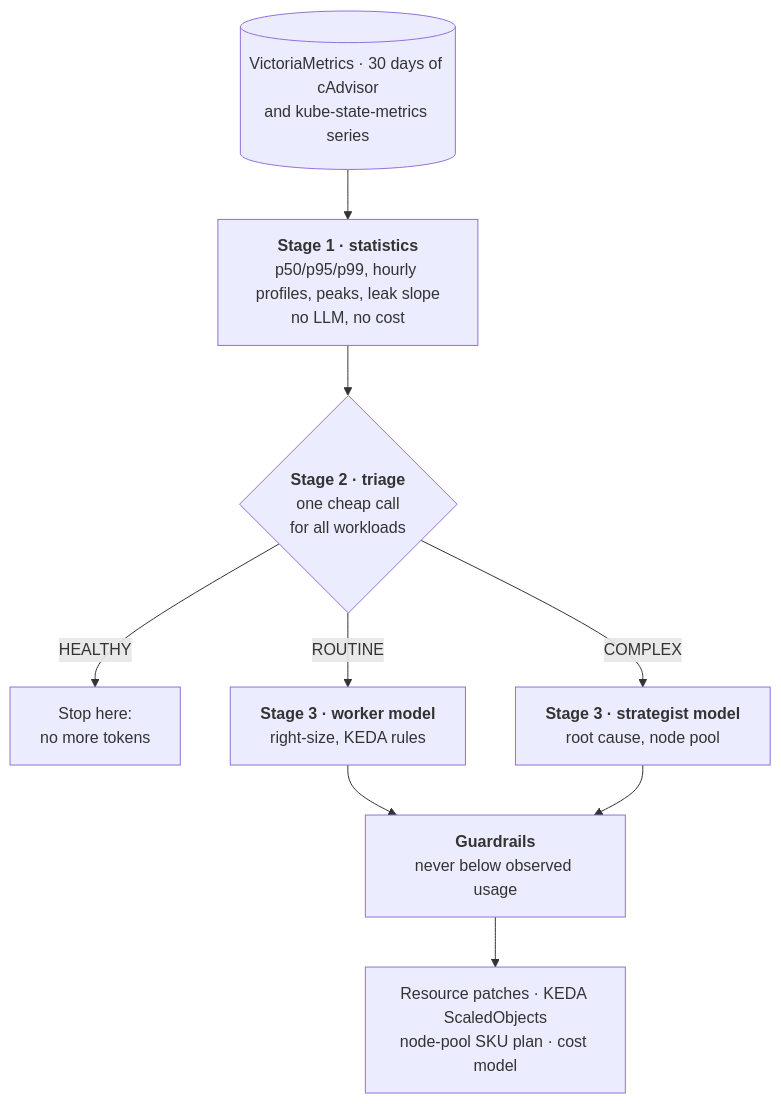
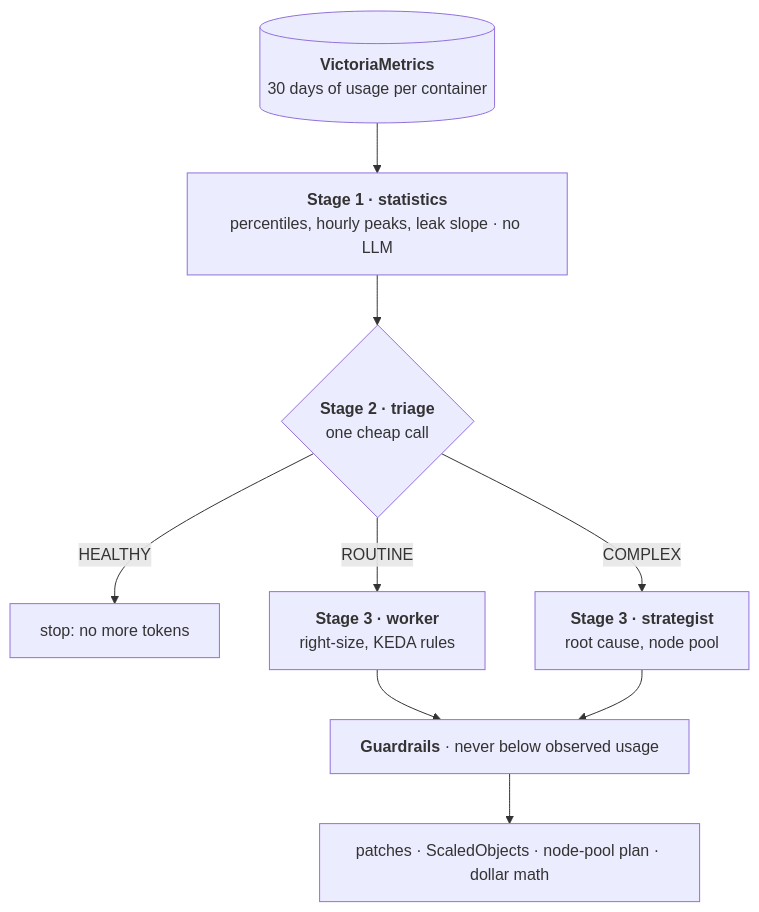
Before and after one commit to manupawickramasinghe/kubesage: the first of 2 diagrams in README.md, drawn with Mermaid. The commit also changed other lines of this file, not shown here.

Commit message:
README: shorter diagram labels, the agent team top to bottom

````diff
--- a/README.md
+++ b/README.md
@@ -101,11 +101,12 @@
 ```mermaid
+%%{init: {"flowchart": {"wrappingWidth": 320}}}%%
 flowchart TB
-    M[("VictoriaMetrics · 30 days of cAdvisor<br/>and kube-state-metrics series")] --> S1["<b>Stage 1 · statistics</b><br/>p50/p95/p99, hourly profiles, peaks, leak slope<br/>no LLM, no cost"]
-    S1 --> S2{"<b>Stage 2 · triage</b><br/>one cheap call<br/>for all workloads"}
-    S2 -- HEALTHY --> STOP["Stop here:<br/>no more tokens"]
-    S2 -- ROUTINE --> W["<b>Stage 3 · worker model</b><br/>right-size, KEDA rules"]
-    S2 -- COMPLEX --> ST["<b>Stage 3 · strategist model</b><br/>root cause, node pool"]
-    W --> G["<b>Guardrails</b><br/>never below observed usage"]
+    M[("<b>VictoriaMetrics</b><br/>30 days of usage per container")] --> S1["<b>Stage 1 · statistics</b><br/>percentiles, hourly peaks, leak slope · no LLM"]
+    S1 --> S2{"<b>Stage 2 · triage</b><br/>one cheap call"}
+    S2 -- HEALTHY --> STOP["stop: no more tokens"]
+    S2 -- ROUTINE --> W["<b>Stage 3 · worker</b><br/>right-size, KEDA rules"]
+    S2 -- COMPLEX --> ST["<b>Stage 3 · strategist</b><br/>root cause, node pool"]
+    W --> G["<b>Guardrails</b> · never below observed usage"]
     ST --> G
-    G --> OUT["Resource patches · KEDA ScaledObjects<br/>node-pool SKU plan · cost model"]
+    G --> OUT["patches · ScaledObjects · node-pool plan · dollar math"]
 ```
````
